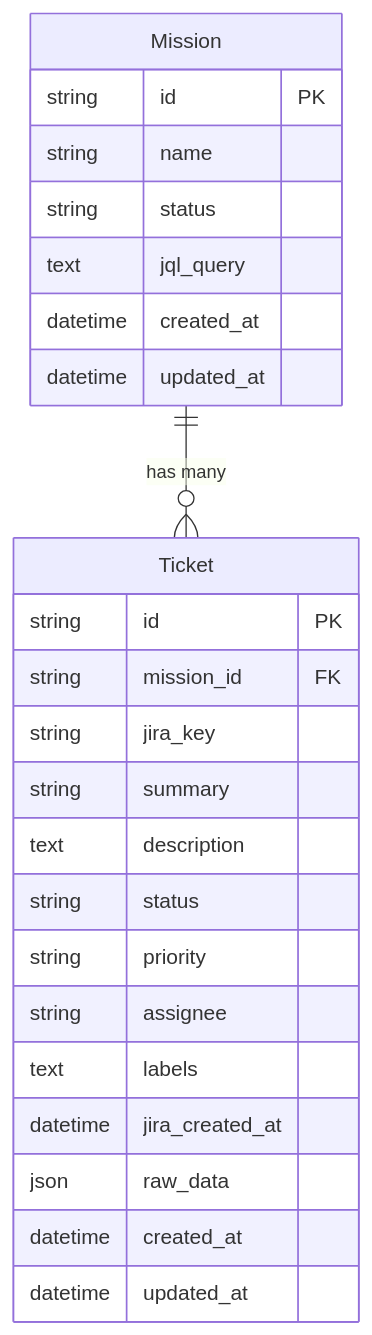
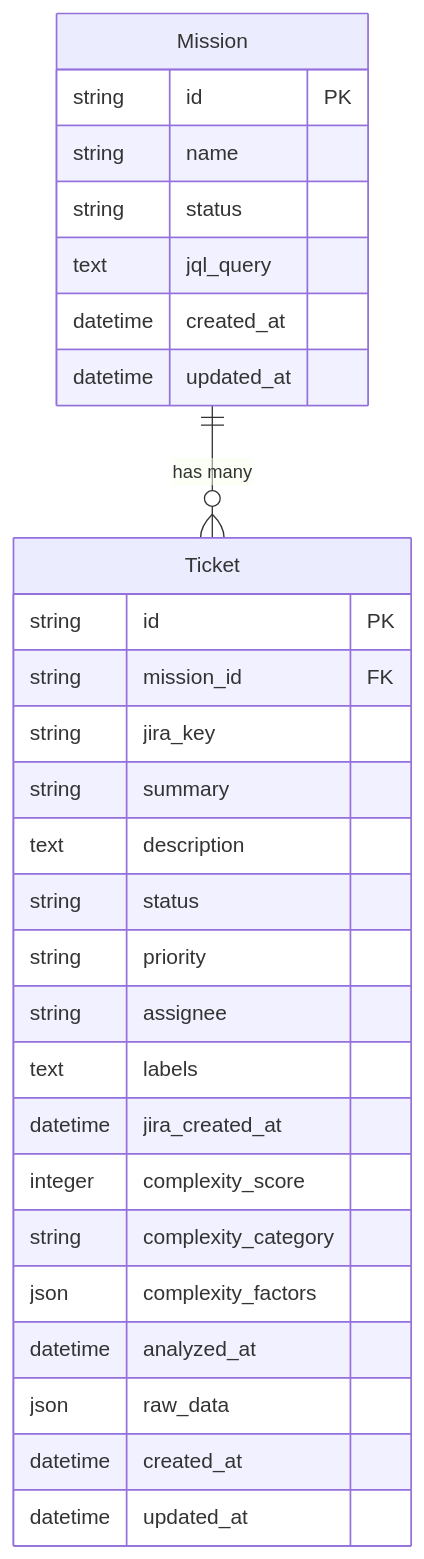
One commit to vmakoed/devinator changed the diagram in doc/entity_model.md. Above: the diagram before and after it, drawn with Mermaid. The commit also changed other lines of this file and 16 other files, not shown here.

````diff
--- a/doc/entity_model.md
+++ b/doc/entity_model.md
@@ -40,29 +44,33 @@
 ```mermaid
 erDiagram
     Mission ||--o{ Ticket : "has many"
 
     Mission {
         string id PK
         string name
         string status
         text jql_query
         datetime created_at
         datetime updated_at
     }
 
     Ticket {
         string id PK
         string mission_id FK
         string jira_key
         string summary
         text description
         string status
         string priority
         string assignee
         text labels
         datetime jira_created_at
+        integer complexity_score
+        string complexity_category
+        json complexity_factors
+        datetime analyzed_at
         json raw_data
         datetime created_at
         datetime updated_at
     }
 ```
````
